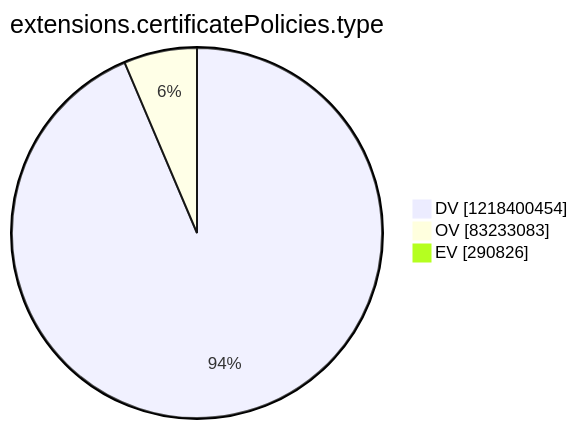
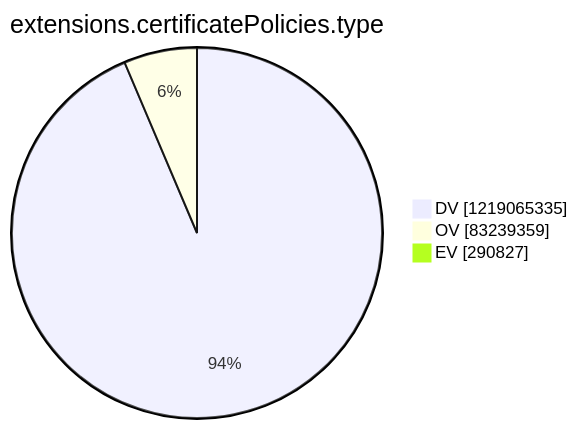
One commit to christiankrug/ctmonitor_visualization changed the tenth of 15 diagrams in argon2022/README.md. Above: the diagram before and after it, drawn with Mermaid. The commit also changed other lines of this file, not shown here.

````diff
--- a/argon2022/README.md
+++ b/argon2022/README.md
@@ -2769,7 +2769,7 @@
 ```mermaid
 pie showData
 title extensions.certificatePolicies.type
-"DV" :1218400454
-"OV" :83233083
-"EV" :290826
+"DV" :1219065335
+"OV" :83239359
+"EV" :290827
 ```
````
